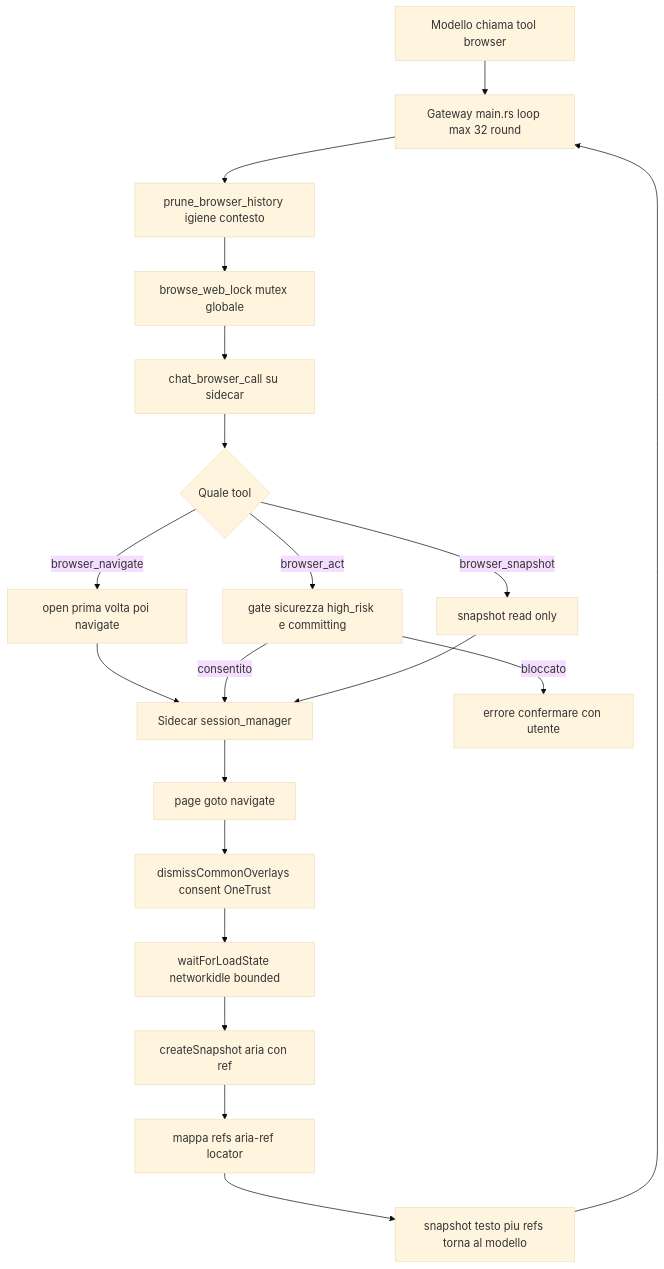
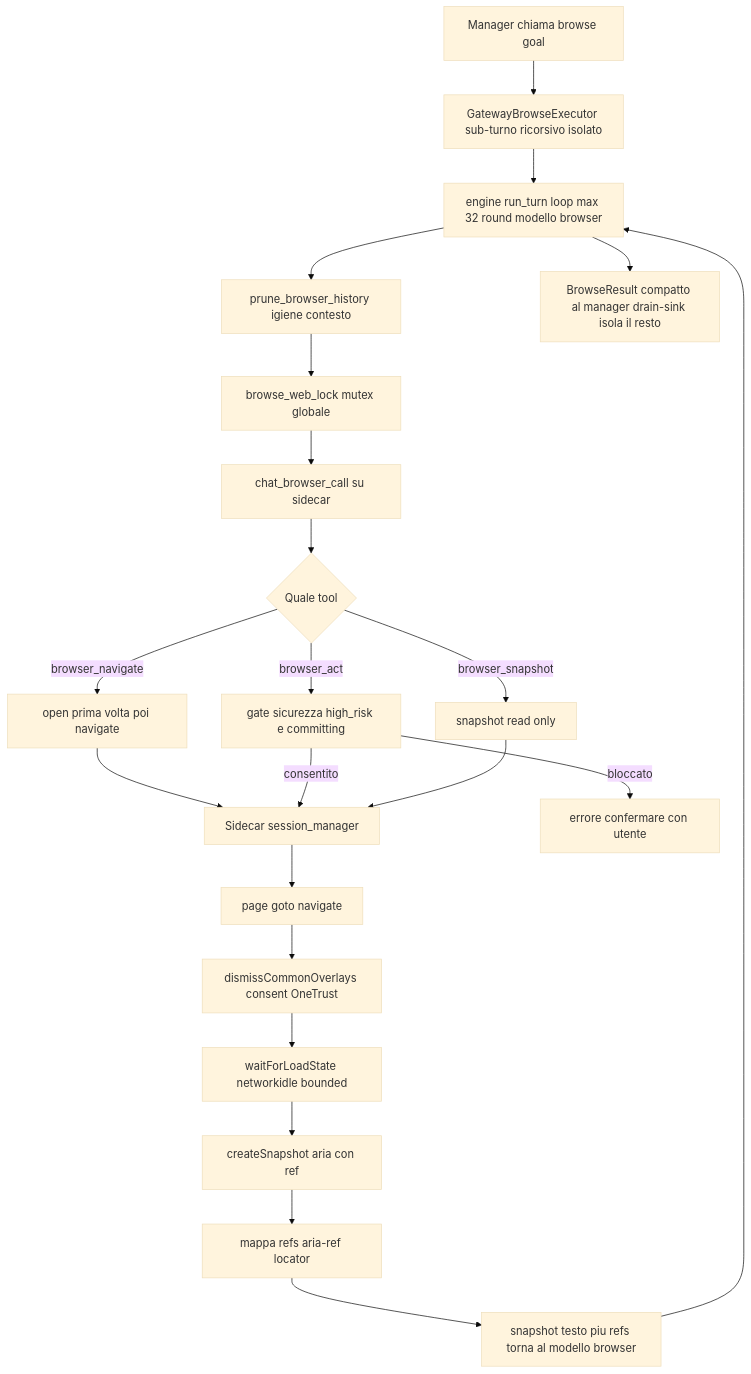
Before and after one commit to homun-app/homun-core: the diagram in docs/architecture/browser.md, drawn with Mermaid (base theme). The commit also changed other lines of this file and 8 other files, not shown here.

````diff
--- a/docs/architecture/browser.md
+++ b/docs/architecture/browser.md
@@ -82,25 +97,27 @@
 ```mermaid
 flowchart TD
-    M[Modello chiama tool browser] --> GW[Gateway main.rs loop max 32 round]
+    M[Manager chiama browse goal] --> SUB[GatewayBrowseExecutor sub-turno ricorsivo isolato]
+    SUB --> GW[engine run_turn loop max 32 round modello browser]
     GW --> PR[prune_browser_history igiene contesto]
     PR --> LK[browse_web_lock mutex globale]
     LK --> CB[chat_browser_call su sidecar]
 
     CB --> NAV{Quale tool}
     NAV -->|browser_navigate| OPEN[open prima volta poi navigate]
     NAV -->|browser_act| GATE[gate sicurezza high_risk e committing]
     NAV -->|browser_snapshot| SNAPONLY[snapshot read only]
 
     OPEN --> SC[Sidecar session_manager]
     GATE -->|consentito| SC
     GATE -->|bloccato| STOP[errore confermare con utente]
     SNAPONLY --> SC
 
     SC --> GOTO[page goto navigate]
     GOTO --> DIS[dismissCommonOverlays consent OneTrust]
     DIS --> IDLE[waitForLoadState networkidle bounded]
     IDLE --> SNAP[createSnapshot aria con ref]
     SNAP --> REFS[mappa refs aria-ref locator]
-    REFS --> OUT[snapshot testo piu refs torna al modello]
+    REFS --> OUT[snapshot testo piu refs torna al modello browser]
     OUT --> GW
+    GW --> BR[BrowseResult compatto al manager drain-sink isola il resto]
 ```
````
